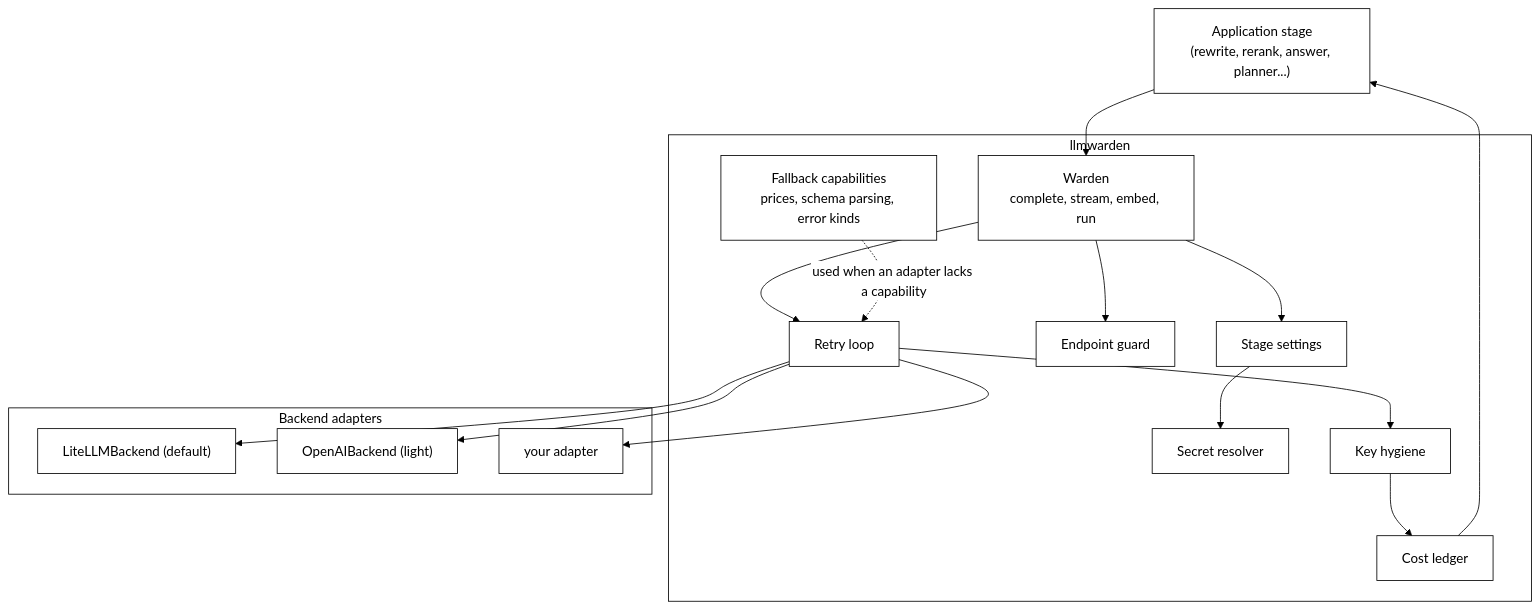
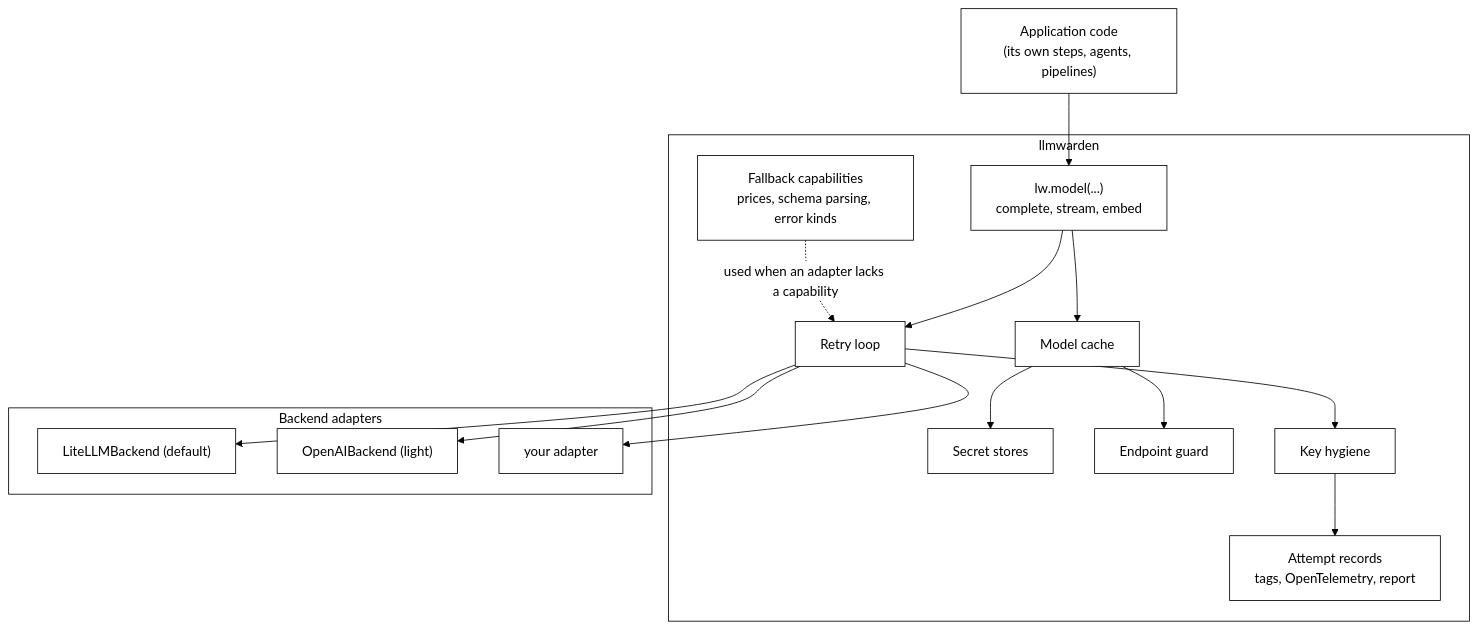
The first of 2 diagrams in docs/architecture.md (nadeem4/llmwarden), drawn with Mermaid before and after one commit. The commit also changed other lines of this file and 1 other file, not shown here.

Commit message:
docs: models created in code, secret stores, and observability with tags

````diff
--- a/docs/architecture.md
+++ b/docs/architecture.md
@@ -27,32 +113,31 @@
 ```mermaid
 %%{init: {'theme':'base','themeVariables':{'primaryColor':'#ffffff','primaryTextColor':'#000000','primaryBorderColor':'#000000','lineColor':'#000000','secondaryColor':'#ffffff','tertiaryColor':'#ffffff','clusterBkg':'#ffffff','clusterBorder':'#000000'}}}%%
 flowchart TB
-    App["Application stage<br/>(rewrite, rerank, answer, planner...)"]
+    App["Application code<br/>(its own steps, agents, pipelines)"]
     subgraph Warden["llmwarden"]
-        Face["Warden<br/>complete, stream, embed, run"]
-        Stages["Stage settings"]
-        Secrets["Secret resolver"]
+        Model["lw.model(...)<br/>complete, stream, embed"]
+        Cache["Model cache"]
+        Secrets["Secret stores"]
         Guard["Endpoint guard"]
         Retry["Retry loop"]
         Hygiene["Key hygiene"]
-        Ledger["Cost ledger"]
+        Obs["Attempt records<br/>tags, OpenTelemetry, report"]
         Own["Fallback capabilities<br/>prices, schema parsing, error kinds"]
     end
     subgraph Adapters["Backend adapters"]
         Lite["LiteLLMBackend (default)"]
         OAI["OpenAIBackend (light)"]
         Yours["your adapter"]
     end
-    App --> Face
-    Face --> Stages
-    Stages --> Secrets
-    Face --> Guard
-    Face --> Retry
+    App --> Model
+    Model --> Cache
+    Cache --> Secrets
+    Cache --> Guard
+    Model --> Retry
     Retry --> Lite
     Retry --> OAI
     Retry --> Yours
     Retry --> Hygiene
-    Hygiene --> Ledger
+    Hygiene --> Obs
     Own -.used when an adapter lacks a capability.-> Retry
-    Ledger --> App
 ```
````
